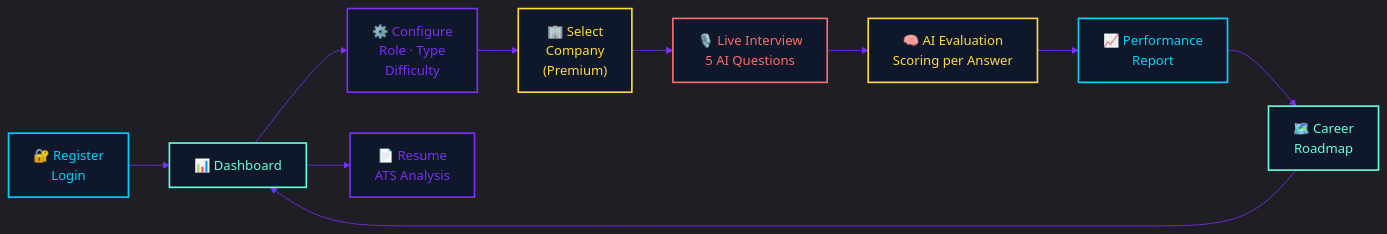
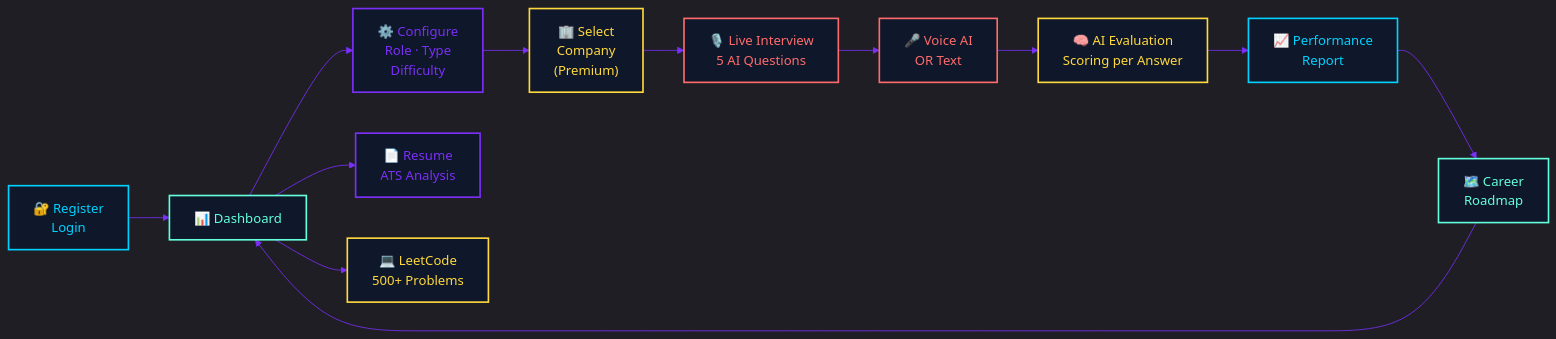
The fifth of 14 diagrams in README.md (Jawahar08/interviewforge-ai), drawn with Mermaid before and after one commit. The commit also changed other lines of this file and 3 other files, not shown here.

Commit message:
docs: complete README rewrite v3.0 with Voice AI, LeetCode Arena, System Design, animated SVGs, architecture diagrams, and full documentation

````diff
--- a/README.md
+++ b/README.md
@@ -418,24 +595,28 @@
 ```mermaid
 %%{init: {'theme': 'dark', 'themeVariables': { 'primaryColor': '#1e293b', 'primaryTextColor': '#e2e8f0', 'primaryBorderColor': '#00d2ff', 'lineColor': '#7b2ff7', 'fontFamily': 'JetBrains Mono, monospace'}}}%%
 
 flowchart LR
     A["🔐 Register\nLogin"] --> B["📊 Dashboard"]
     B --> C["⚙️ Configure\nRole · Type\nDifficulty"]
     C --> C2["🏢 Select\nCompany\n(Premium)"]
     C2 --> D["🎙️ Live Interview\n5 AI Questions"]
-    D --> E["🧠 AI Evaluation\nScoring per Answer"]
+    D --> D2["🎤 Voice AI\nOR Text"]
+    D2 --> E["🧠 AI Evaluation\nScoring per Answer"]
     E --> F["📈 Performance\nReport"]
     F --> G["🗺️ Career\nRoadmap"]
     G --> B
     B --> H["📄 Resume\nATS Analysis"]
+    B --> I["💻 LeetCode\n500+ Problems"]
 
     style A fill:#0f172a,stroke:#00d2ff,stroke-width:2px,color:#00d2ff
     style B fill:#0f172a,stroke:#64ffda,stroke-width:2px,color:#64ffda
     style C fill:#0f172a,stroke:#7b2ff7,stroke-width:2px,color:#7b2ff7
     style C2 fill:#0f172a,stroke:#ffd93d,stroke-width:2px,color:#ffd93d
     style D fill:#0f172a,stroke:#ff6b6b,stroke-width:2px,color:#ff6b6b
+    style D2 fill:#0f172a,stroke:#ff6b6b,stroke-width:2px,color:#ff6b6b
     style E fill:#0f172a,stroke:#ffd93d,stroke-width:2px,color:#ffd93d
     style F fill:#0f172a,stroke:#00d2ff,stroke-width:2px,color:#00d2ff
     style G fill:#0f172a,stroke:#64ffda,stroke-width:2px,color:#64ffda
     style H fill:#0f172a,stroke:#7b2ff7,stroke-width:2px,color:#7b2ff7
+    style I fill:#0f172a,stroke:#ffd93d,stroke-width:2px,color:#ffd93d
 ```
````
